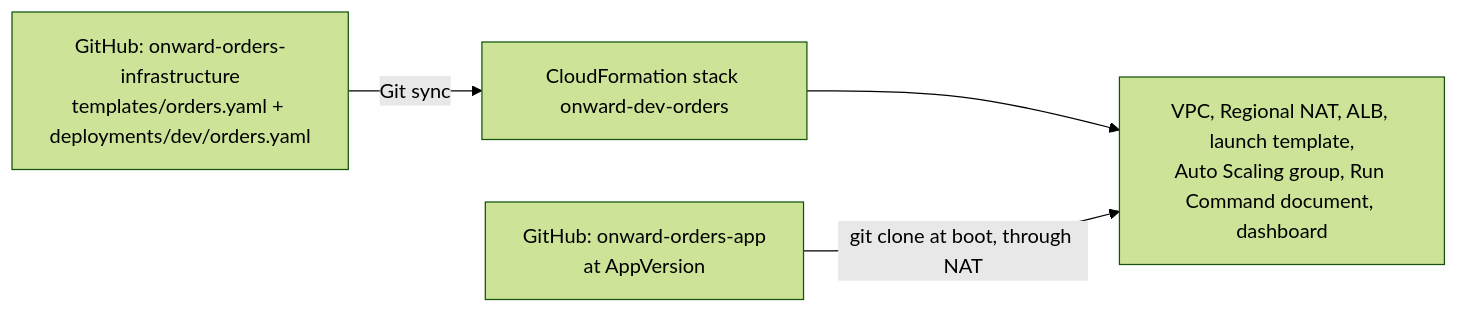
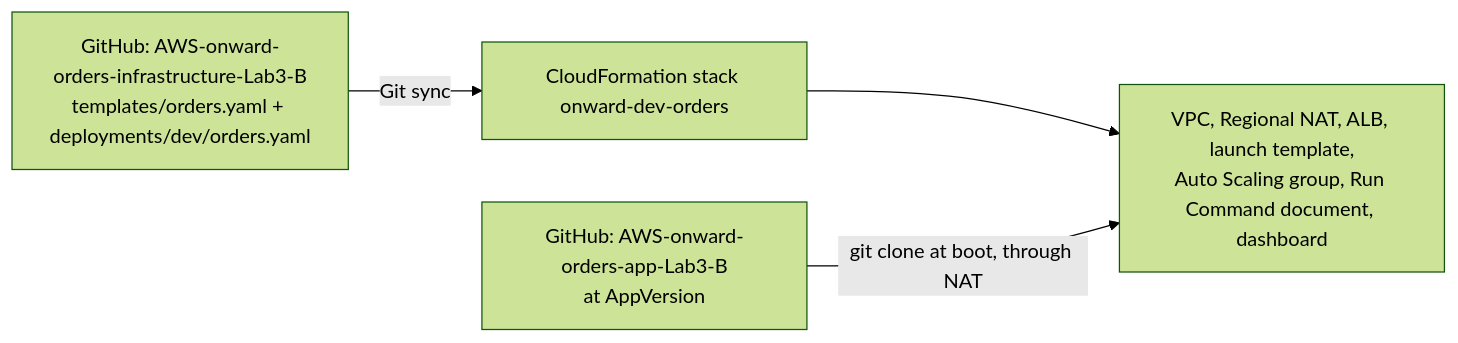
One commit to RUYANGA/AWS-onward-orders-infrastructure-Lab3-B changed the third of 3 diagrams in docs/architecture.md. Above: the diagram before and after it, drawn with Mermaid (forest theme). The commit also changed 6 other files, not shown here.

````diff
--- a/docs/architecture.md
+++ b/docs/architecture.md
@@ -54,6 +54,6 @@
 ```mermaid
 flowchart LR
-  git["GitHub: onward-orders-infrastructure<br/>templates/orders.yaml + deployments/dev/orders.yaml"] -->|Git sync| cfn["CloudFormation stack onward-dev-orders"]
+  git["GitHub: AWS-onward-orders-infrastructure-Lab3-B<br/>templates/orders.yaml + deployments/dev/orders.yaml"] -->|Git sync| cfn["CloudFormation stack onward-dev-orders"]
   cfn --> res["VPC, Regional NAT, ALB, launch template,<br/>Auto Scaling group, Run Command document, dashboard"]
-  app["GitHub: onward-orders-app<br/>at AppVersion"] -->|git clone at boot, through NAT| res
+  app["GitHub: AWS-onward-orders-app-Lab3-B<br/>at AppVersion"] -->|git clone at boot, through NAT| res
 ```
````
